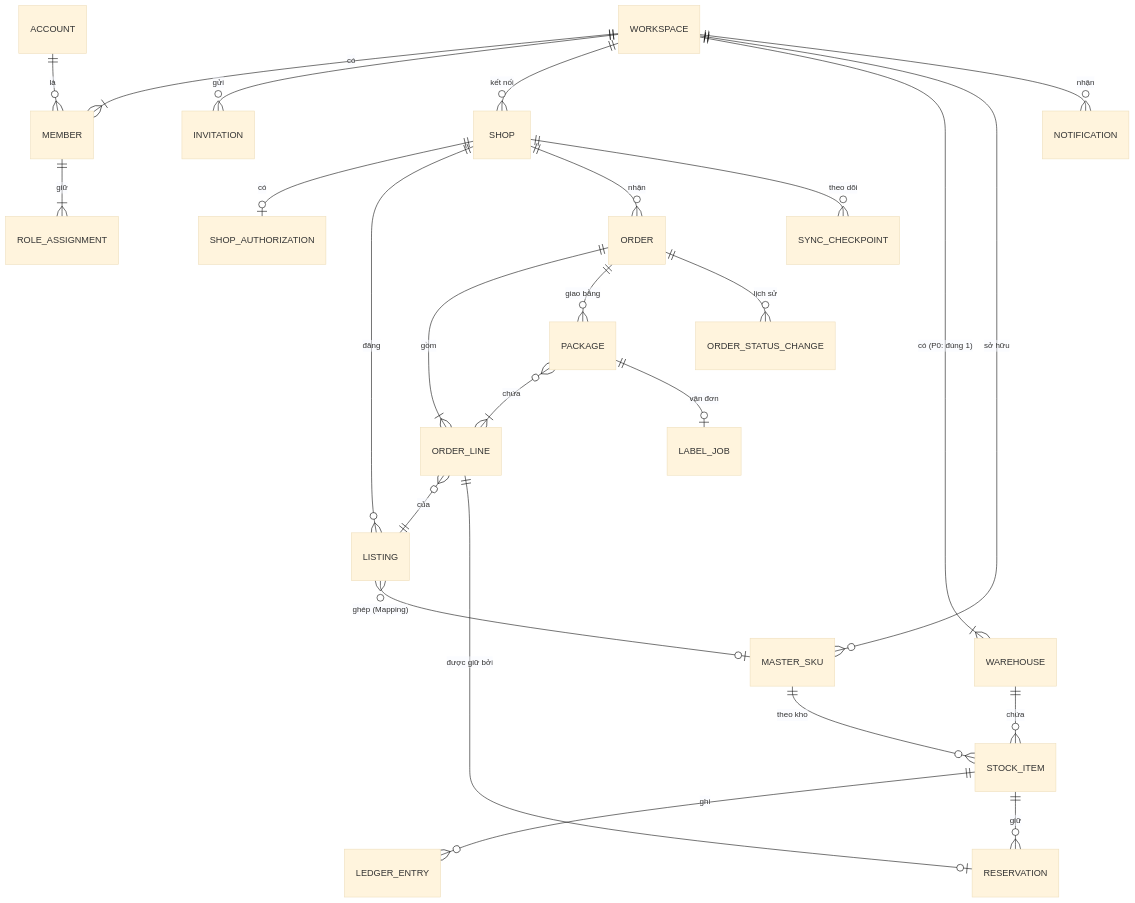
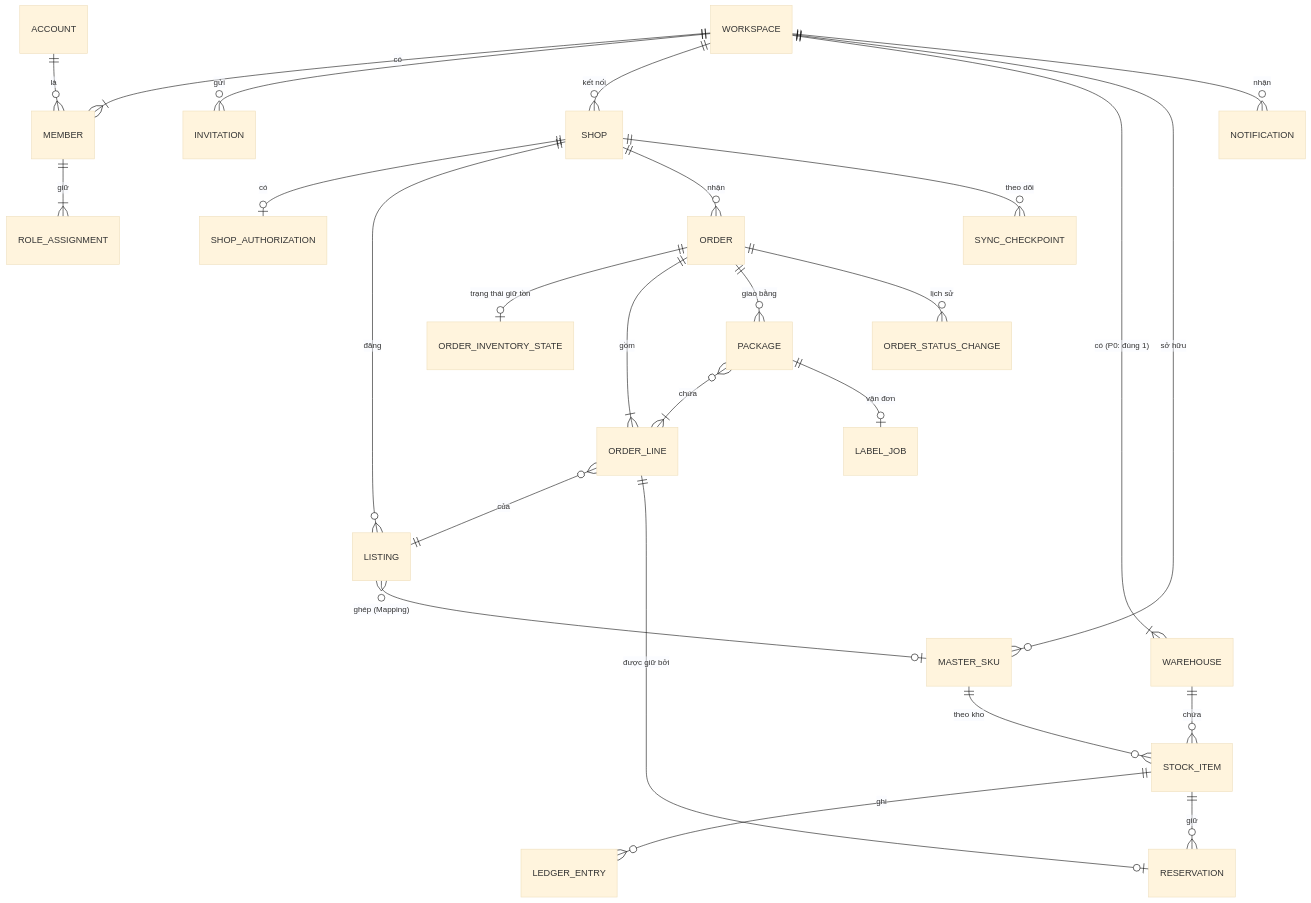
Before and after one commit to hoangduoc0603/commerce-hub-docs: the diagram in requirements/domain-model.md, drawn with Mermaid (base theme). The commit also changed other lines of this file and 6 other files, not shown here.

````diff
--- a/requirements/domain-model.md
+++ b/requirements/domain-model.md
@@ -10,32 +10,33 @@
 ```mermaid
 erDiagram
     ACCOUNT ||--o{ MEMBER : "là"
     WORKSPACE ||--|{ MEMBER : "có"
     WORKSPACE ||--o{ INVITATION : "gửi"
     WORKSPACE ||--o{ SHOP : "kết nối"
     WORKSPACE ||--|{ WAREHOUSE : "có (P0: đúng 1)"
     WORKSPACE ||--o{ MASTER_SKU : "sở hữu"
     MEMBER ||--|{ ROLE_ASSIGNMENT : "giữ"
 
     SHOP ||--o| SHOP_AUTHORIZATION : "có"
     SHOP ||--o{ LISTING : "đăng"
     SHOP ||--o{ ORDER : "nhận"
     SHOP ||--o{ SYNC_CHECKPOINT : "theo dõi"
 
     LISTING }o--o| MASTER_SKU : "ghép (Mapping)"
 
     MASTER_SKU ||--o{ STOCK_ITEM : "theo kho"
     WAREHOUSE ||--o{ STOCK_ITEM : "chứa"
     STOCK_ITEM ||--o{ LEDGER_ENTRY : "ghi"
     STOCK_ITEM ||--o{ RESERVATION : "giữ"
+    ORDER ||--o| ORDER_INVENTORY_STATE : "trạng thái giữ tồn"
 
     ORDER ||--|{ ORDER_LINE : "gồm"
     ORDER ||--o{ PACKAGE : "giao bằng"
     ORDER ||--o{ ORDER_STATUS_CHANGE : "lịch sử"
     ORDER_LINE }o--|| LISTING : "của"
     ORDER_LINE ||--o| RESERVATION : "được giữ bởi"
     PACKAGE }o--|{ ORDER_LINE : "chứa"
     PACKAGE ||--o| LABEL_JOB : "vận đơn"
 
     WORKSPACE ||--o{ NOTIFICATION : "nhận"
 ```
````
